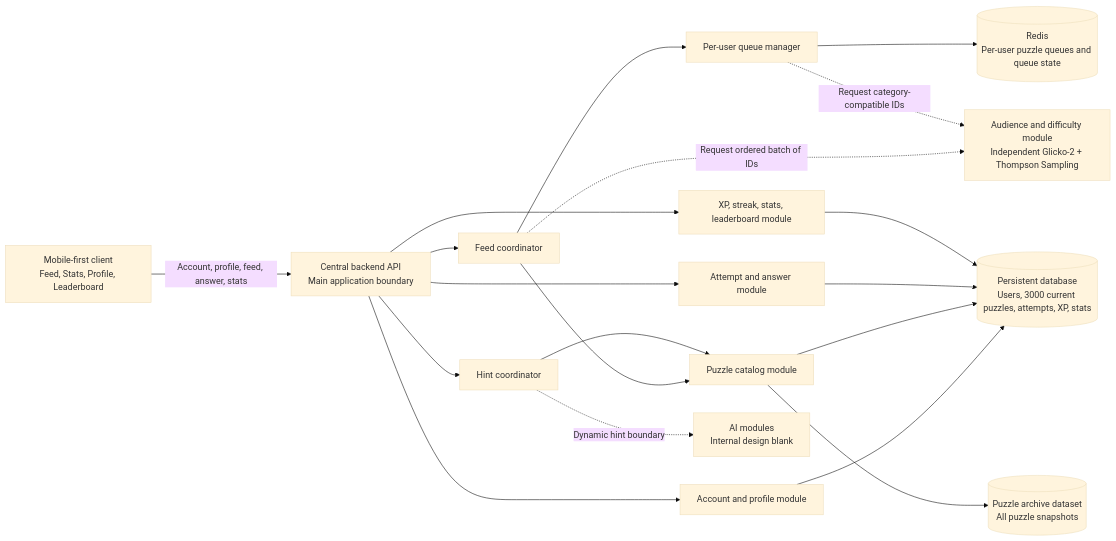
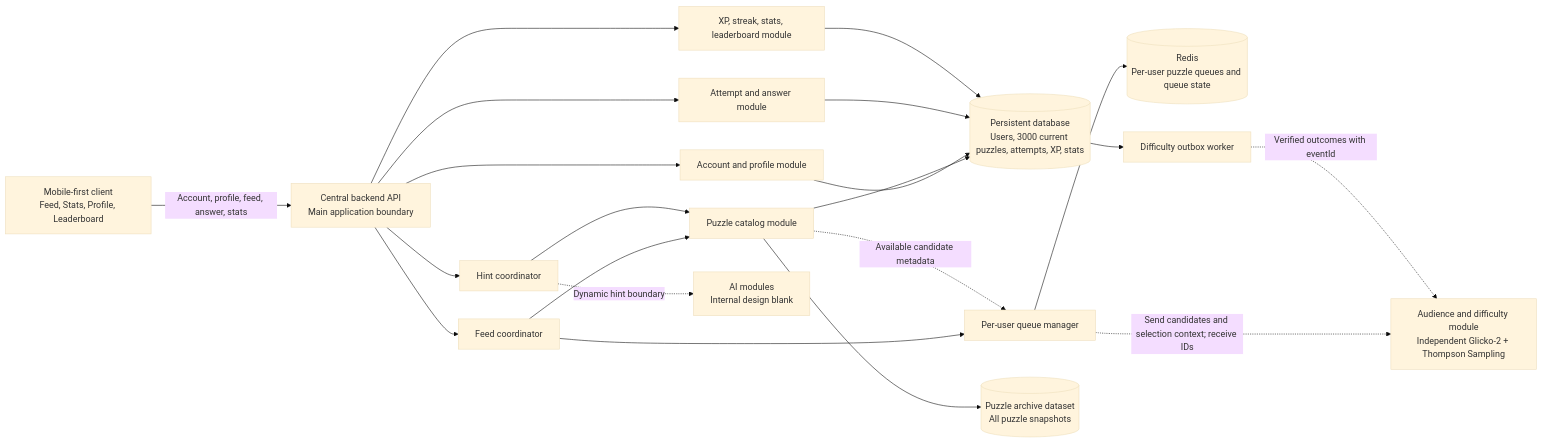
The first of 9 diagrams in technical-architecture.md (yassine0010/pikpok), drawn with Mermaid (base theme) before and after one commit. The commit also changed other lines of this file and 8 other files, not shown here.

Commit message:
docs: reorganize project documentation and update technical implementation and architecture specifications

````diff
--- a/technical-architecture.md
+++ b/technical-architecture.md
@@ -101,42 +103,45 @@
 ```mermaid
 flowchart LR
     Client["Mobile-first client<br/>Feed, Stats, Profile, Leaderboard"]
     API["Central backend API<br/>Main application boundary"]
 
     Auth["Account and profile module"]
     Feed["Feed coordinator"]
     Queue["Per-user queue manager"]
     Catalog["Puzzle catalog module"]
     Attempts["Attempt and answer module"]
     Hints["Hint coordinator"]
     Game["XP, streak, stats, leaderboard module"]
 
     Store[("Persistent database<br/>Users, 3000 current puzzles, attempts, XP, stats")]
     Archive[("Puzzle archive dataset<br/>All puzzle snapshots")]
     Redis[("Redis<br/>Per-user puzzle queues and queue state")]
 
     Difficulty["Audience and difficulty module<br/>Independent Glicko-2 + Thompson Sampling"]
+    Outbox["Difficulty outbox worker"]
     AI["AI modules<br/>Internal design blank"]
 
     Client -->|Account, profile, feed, answer, stats| API
 
     API --> Auth
     API --> Feed
     API --> Attempts
     API --> Hints
     API --> Game
 
     Auth --> Store
     Feed --> Queue
     Feed --> Catalog
-    Feed -.->|Request ordered batch of IDs| Difficulty
     Queue --> Redis
+    Queue -.->|Send candidates and selection context; receive IDs| Difficulty
+    Catalog -.->|Available candidate metadata| Queue
     Catalog --> Store
     Catalog --> Archive
     Attempts --> Store
+    Store --> Outbox
+    Outbox -.->|Verified outcomes with eventId| Difficulty
     Hints --> Catalog
     Hints -.->|Dynamic hint boundary| AI
     Game --> Store
 
-    Queue -.->|Request category-compatible IDs| Difficulty
 ```
````
